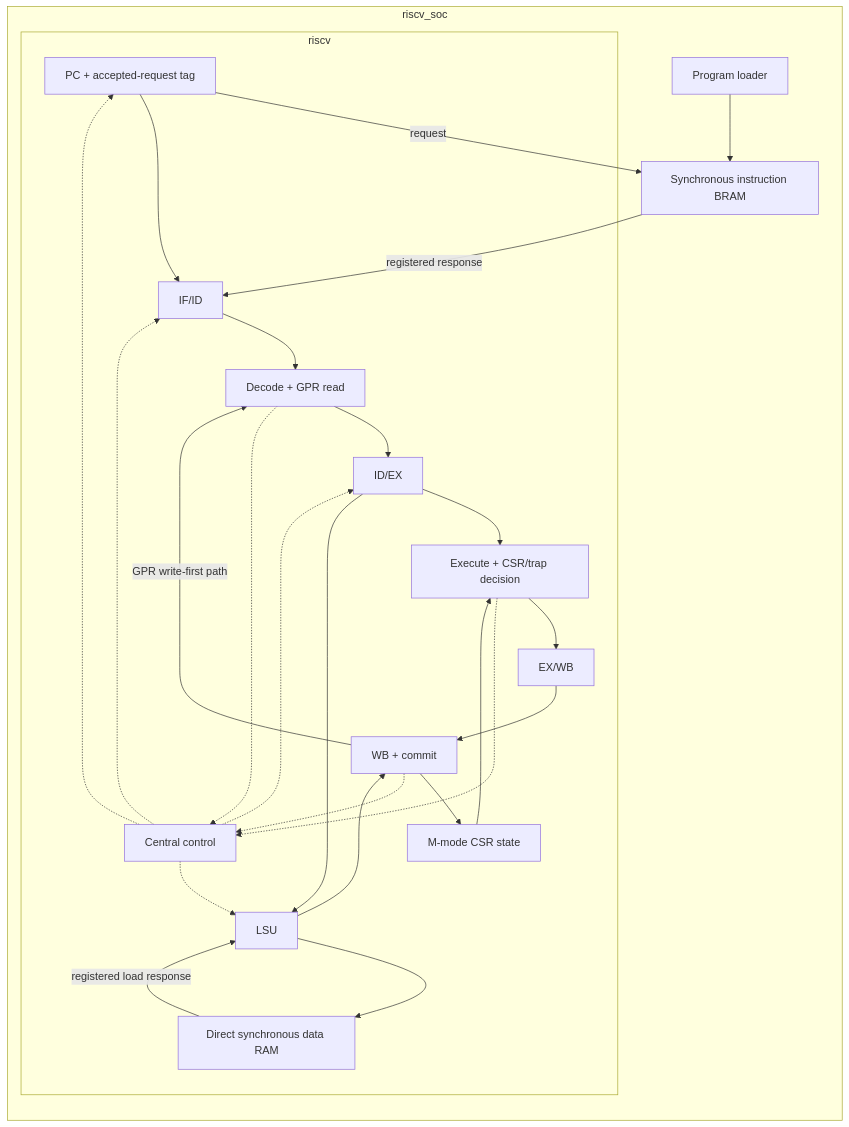
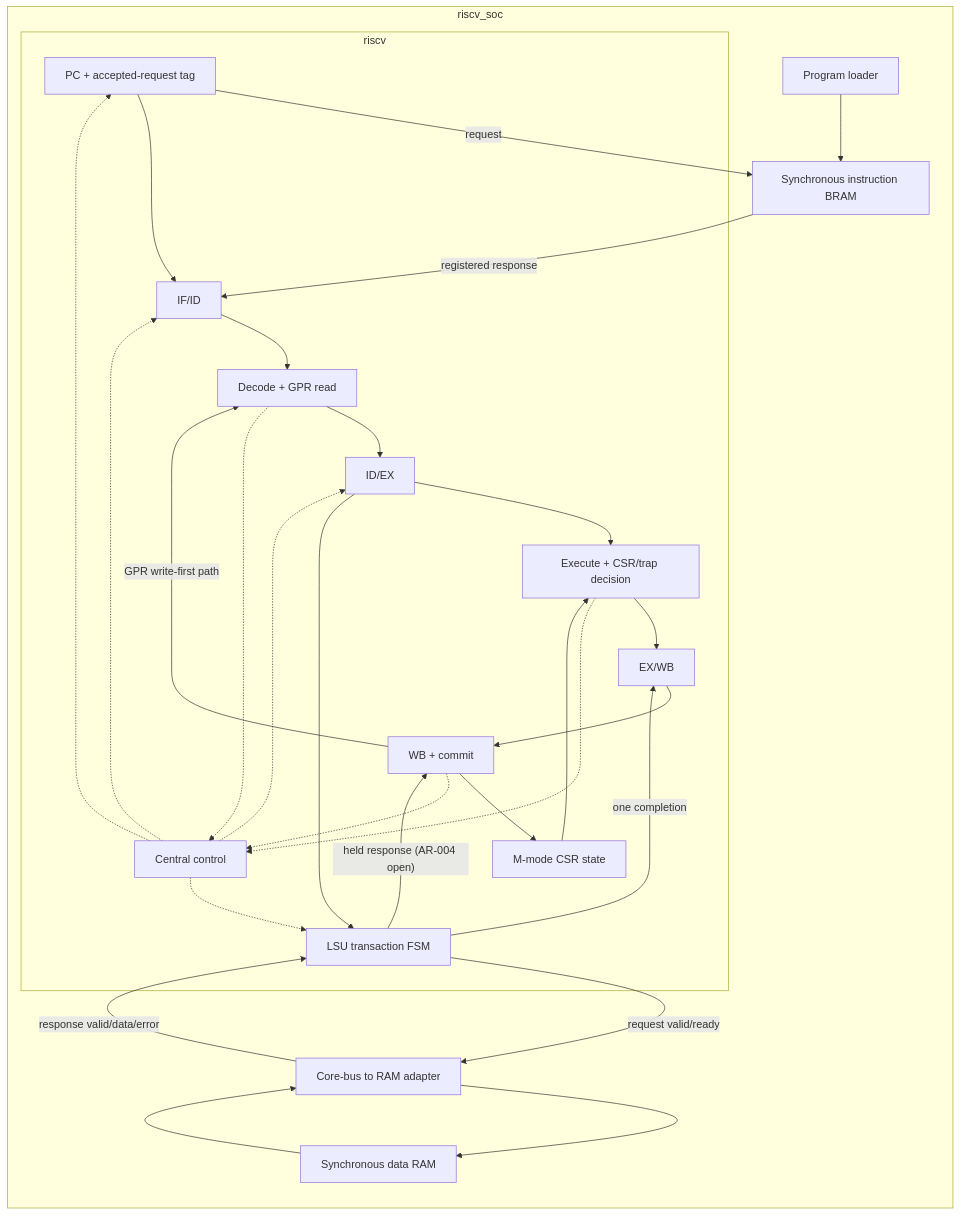
Before and after one commit to HeTPort/Rsicv-soc: the first of 2 diagrams in doc/ARCHITECTURE_DESIGN_AND_DECISIONS.md, drawn with Mermaid. The commit also changed other lines of this file and 19 other files, not shown here.

````diff
--- a/doc/ARCHITECTURE_DESIGN_AND_DECISIONS.md
+++ b/doc/ARCHITECTURE_DESIGN_AND_DECISIONS.md
@@ -84,37 +85,41 @@
 ```mermaid
 flowchart LR
   subgraph SOC["riscv_soc"]
     LOAD["Program loader"]
     IBRAM["Synchronous instruction BRAM"]
+    ADAPTER["Core-bus to RAM adapter"]
+    DBRAM["Synchronous data RAM"]
 
     subgraph CPU["riscv"]
       FETCH["PC + accepted-request tag"]
       IFID["IF/ID"]
       DECODE["Decode + GPR read"]
       IDEX["ID/EX"]
       EXEC["Execute + CSR/trap decision"]
-      LSU["LSU"]
-      DBRAM["Direct synchronous data RAM"]
+      LSU["LSU transaction FSM"]
       EXWB["EX/WB"]
       RETIRE["WB + commit"]
       CTRL["Central control"]
       CSR["M-mode CSR state"]
     end
   end
 
   LOAD --> IBRAM
   FETCH -->|"request"| IBRAM
   IBRAM -->|"registered response"| IFID
   FETCH --> IFID --> DECODE --> IDEX --> EXEC --> EXWB --> RETIRE
-  IDEX --> LSU --> DBRAM
-  DBRAM -->|"registered load response"| LSU --> RETIRE
+  IDEX --> LSU
+  LSU -->|"request valid/ready"| ADAPTER --> DBRAM
+  DBRAM --> ADAPTER -->|"response valid/data/error"| LSU
+  LSU -->|"one completion"| EXWB
+  LSU -->|"held response (AR-004 open)"| RETIRE
   RETIRE -->|"GPR write-first path"| DECODE
   RETIRE --> CSR --> EXEC
   DECODE -.-> CTRL
   EXEC -.-> CTRL
   RETIRE -.-> CTRL
   CTRL -.-> FETCH
   CTRL -.-> IFID
   CTRL -.-> IDEX
   CTRL -.-> LSU
 ```
````
